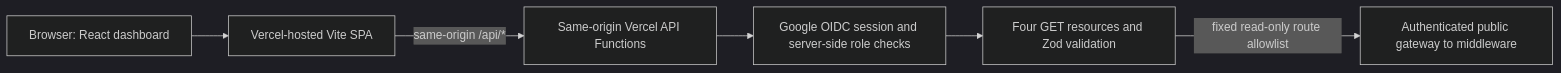
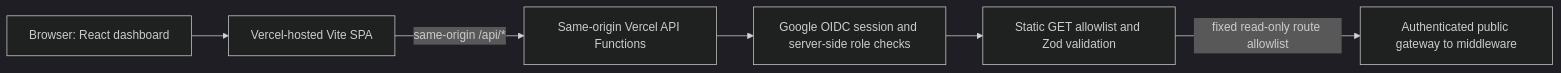
Before and after one commit to mcwachira/zoho-armco-dashboard: the diagram in README.md, drawn with Mermaid (dark theme). The commit also changed other lines of this file and 15 other files, not shown here.

````diff
--- a/README.md
+++ b/README.md
@@ -28,14 +43,14 @@
 ```mermaid
 flowchart LR
   Browser[Browser: React dashboard]
   SPA[Vercel-hosted Vite SPA]
   API[Same-origin Vercel API Functions]
   Auth[Google OIDC session and server-side role checks]
-  Adapter[Four GET resources and Zod validation]
+  Adapter[Static GET allowlist and Zod validation]
   TestAPI[Authenticated public gateway to middleware]
   Browser --> SPA
   SPA -->|same-origin /api/*| API
   API --> Auth
   Auth --> Adapter
   Adapter -->|fixed read-only route allowlist| TestAPI
 ```
````
